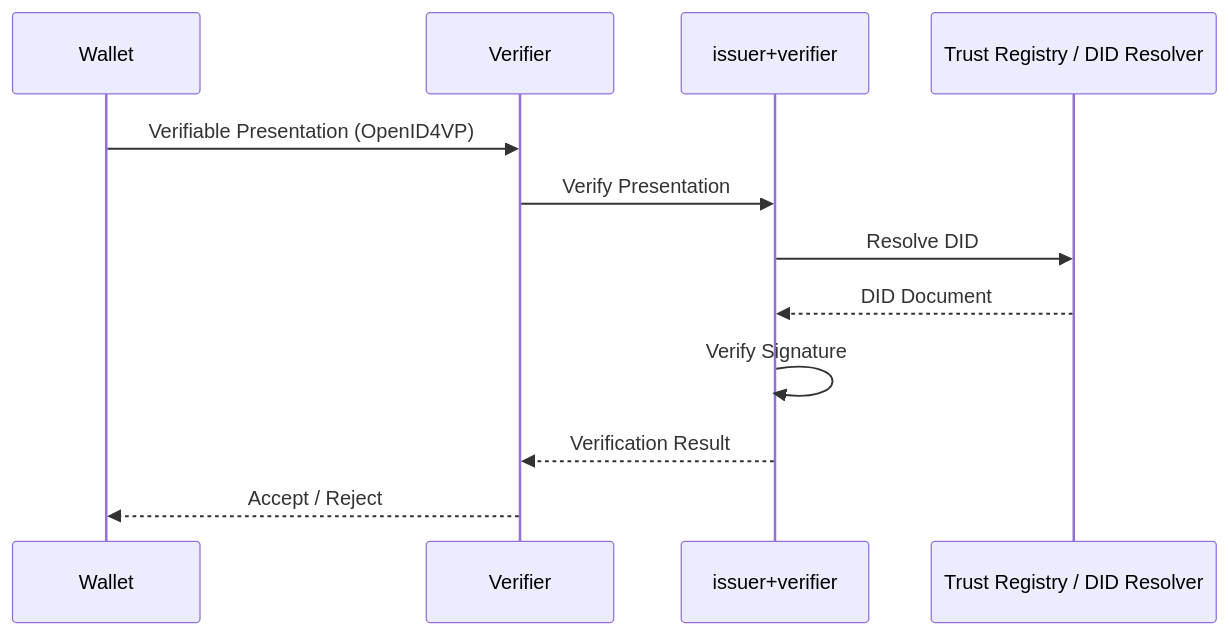
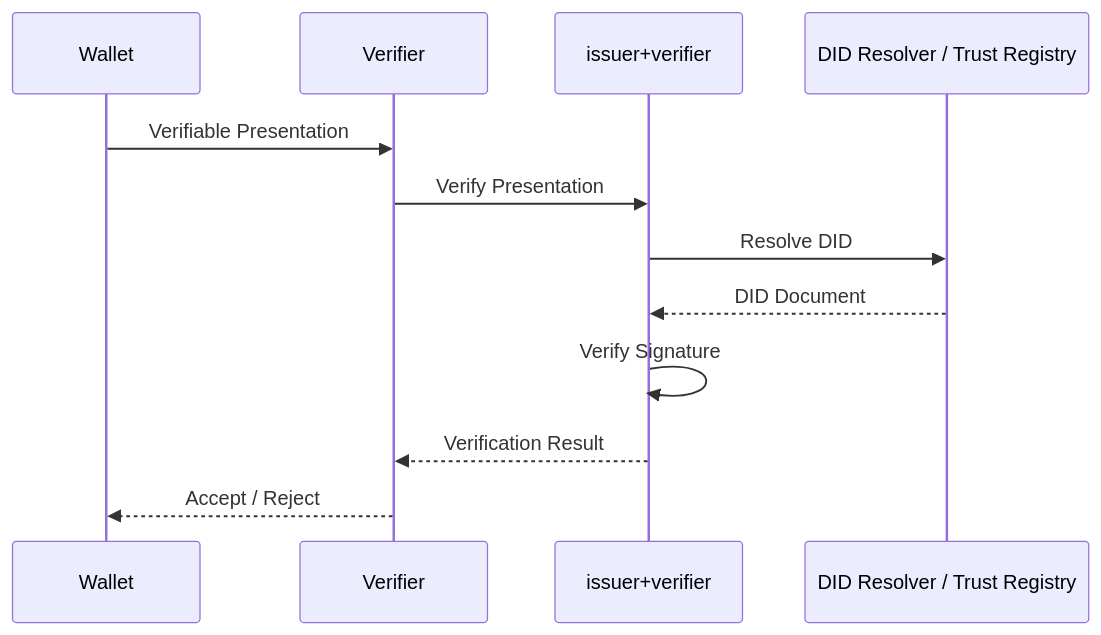
One commit to trustknots/vcknots changed the fourth of 5 diagrams in docs/i18n/ja/docusaurus-plugin-content-docs/current/architecture-overview.md. Above: the diagram before and after it, drawn with Mermaid. The commit also changed other lines of this file and 1 other file, not shown here.

Commit message:
docs: transrate architecture overview

````diff
--- a/docs/i18n/ja/docusaurus-plugin-content-docs/current/architecture-overview.md
+++ b/docs/i18n/ja/docusaurus-plugin-content-docs/current/architecture-overview.md
@@ -141,22 +145,22 @@
 ```mermaid
 sequenceDiagram
 
     participant Wallet
     participant Verifier
     participant Library as issuer+verifier
-    participant Trust as Trust Registry / DID Resolver
+    participant Trust as DID Resolver / Trust Registry
 
-    Wallet->>Verifier: Verifiable Presentation (OpenID4VP)
+    Wallet->>Verifier: Verifiable Presentation
 
     Verifier->>Library: Verify Presentation
 
     Library->>Trust: Resolve DID
 
     Trust-->>Library: DID Document
 
     Library->>Library: Verify Signature
 
     Library-->>Verifier: Verification Result
 
     Verifier-->>Wallet: Accept / Reject
 ```
````
